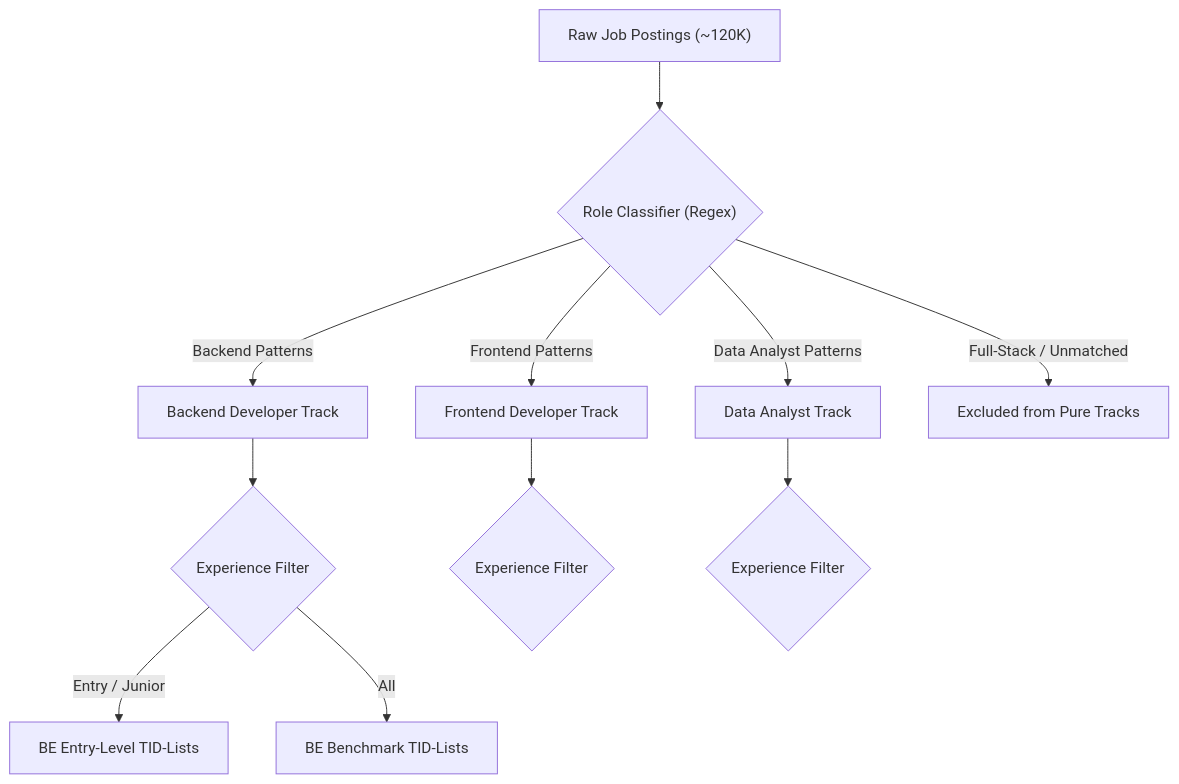
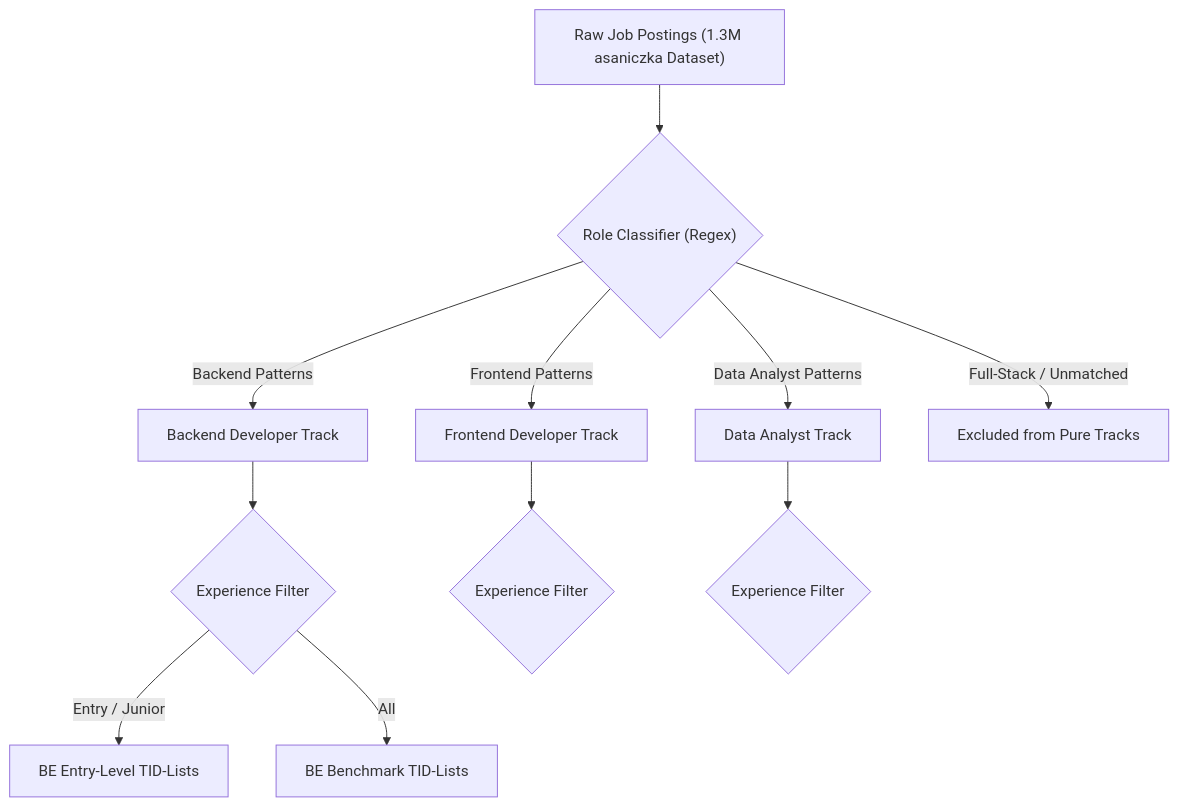
One commit to KrisAlvarez/Eclatt-Skill-Gap-Analyzer changed the first of 3 diagrams in docs/project-plan.md. Above: the diagram before and after it, drawn with Mermaid. The commit also changed other lines of this file and 15 other files, not shown here.

Commit message:
refactor(data): make asaniczka 1.3M dataset the exclusive sole data source; remove all legacy dataset files and references

````diff
--- a/docs/project-plan.md
+++ b/docs/project-plan.md
@@ -93,15 +92,15 @@
 ```mermaid
 flowchart TD
-    RawPostings["Raw Job Postings (~120K)"] --> RoleFilter{"Role Classifier (Regex)"}
+    RawPostings["Raw Job Postings (1.3M asaniczka Dataset)"] --> RoleFilter{"Role Classifier (Regex)"}
     RoleFilter -->|"Backend Patterns"| BE["Backend Developer Track"]
     RoleFilter -->|"Frontend Patterns"| FE["Frontend Developer Track"]
     RoleFilter -->|"Data Analyst Patterns"| DA["Data Analyst Track"]
     RoleFilter -->|"Full-Stack / Unmatched"| Discard["Excluded from Pure Tracks"]
 
     BE --> ExpFilterBE{"Experience Filter"}
     FE --> ExpFilterFE{"Experience Filter"}
     DA --> ExpFilterDA{"Experience Filter"}
 
     ExpFilterBE -->|"Entry / Junior"| BE_Entry["BE Entry-Level TID-Lists"]
     ExpFilterBE -->|"All"| BE_All["BE Benchmark TID-Lists"]
 ```
````
